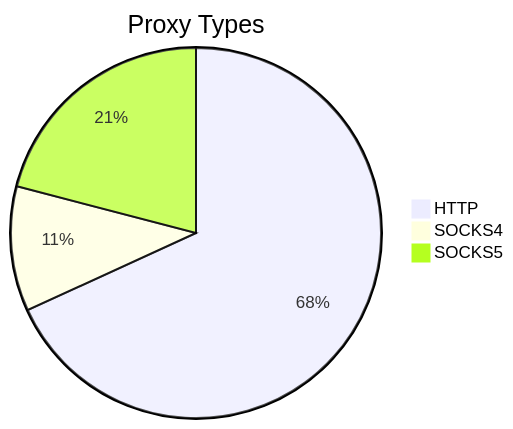
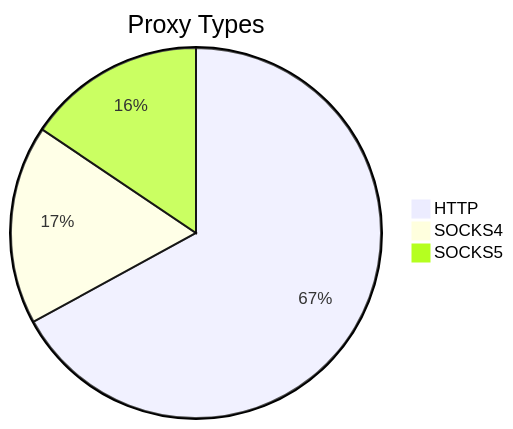
Before and after one commit to stormsia/proxy-list: the first of 2 diagrams in README.md, drawn with Mermaid. The commit also changed other lines of this file, not shown here.

````diff
--- a/README.md
+++ b/README.md
@@ -21,6 +21,6 @@
 ```mermaid
 pie title Proxy Types
-    "HTTP" : 469
-    "SOCKS4" : 75
-    "SOCKS5" : 144
+    "HTTP" : 771
+    "SOCKS4" : 200
+    "SOCKS5" : 179
 ```
````
